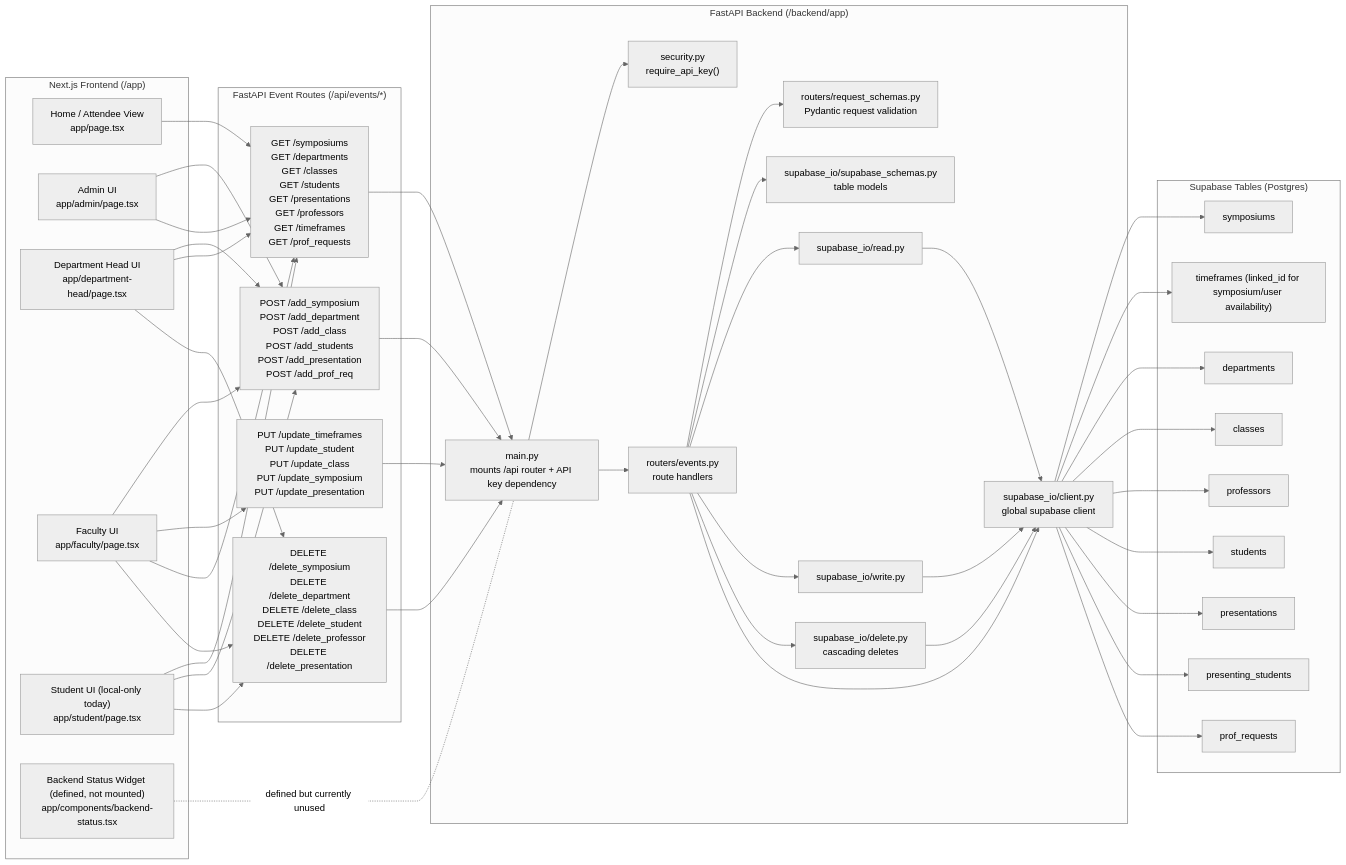
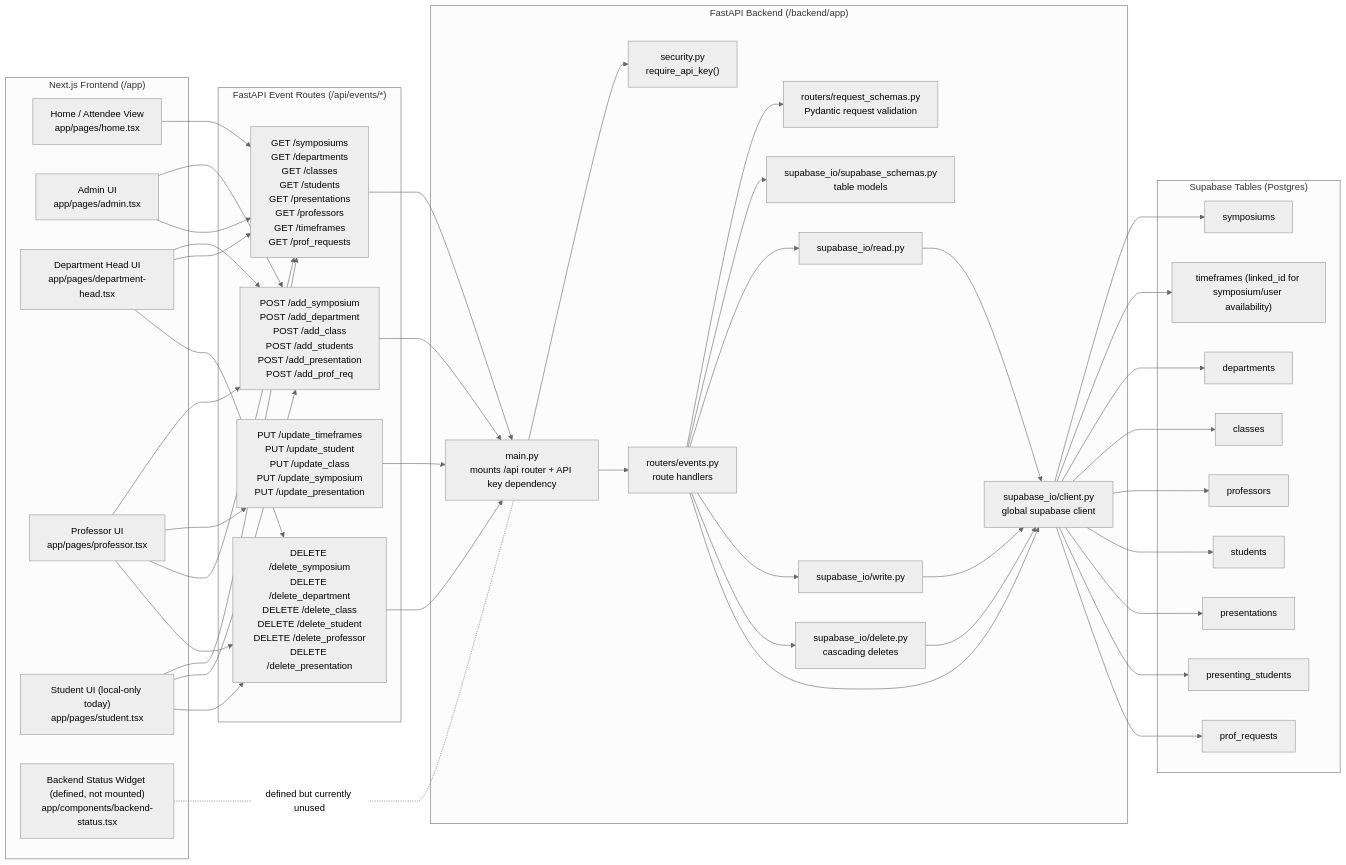
One commit to occscheduler-blip/conference-scheduler changed the diagram in docs/structural_diagram.md. Above: the diagram before and after it, drawn with Mermaid (neutral theme). The commit also changed other lines of this file and 16 other files, not shown here.

```diff
--- a/docs/structural_diagram.md
+++ b/docs/structural_diagram.md
@@ -4,11 +4,11 @@
 flowchart LR
 
   subgraph FE["Next.js Frontend (/app)"]
-    Home["Home / Attendee View<br/>app/page.tsx"]
-    Admin["Admin UI<br/>app/admin/page.tsx"]
-    DeptHead["Department Head UI<br/>app/department-head/page.tsx"]
-    Faculty["Faculty UI<br/>app/faculty/page.tsx"]
-    Student["Student UI (local-only today)<br/>app/student/page.tsx"]
+    Home["Home / Attendee View<br/>app/pages/home.tsx"]
+    Admin["Admin UI<br/>app/pages/admin.tsx"]
+    DeptHead["Department Head UI<br/>app/pages/department-head.tsx"]
+    Professor["Professor UI<br/>app/pages/professor.tsx"]
+    Student["Student UI (local-only today)<br/>app/pages/student.tsx"]
     HealthWidget["Backend Status Widget (defined, not mounted)<br/>app/components/backend-status.tsx"]
   end
 
@@ -49,10 +49,10 @@
   DeptHead --> PAdd
   DeptHead --> PGet
   DeptHead --> PDel
-  Faculty --> PAdd
-  Faculty --> PUpd
-  Faculty --> PGet
-  Faculty --> PDel
+  Professor --> PAdd
+  Professor --> PUpd
+  Professor --> PGet
+  Professor --> PDel
   Student --> PGet
   Student --> PAdd
   Student --> PDel
```
